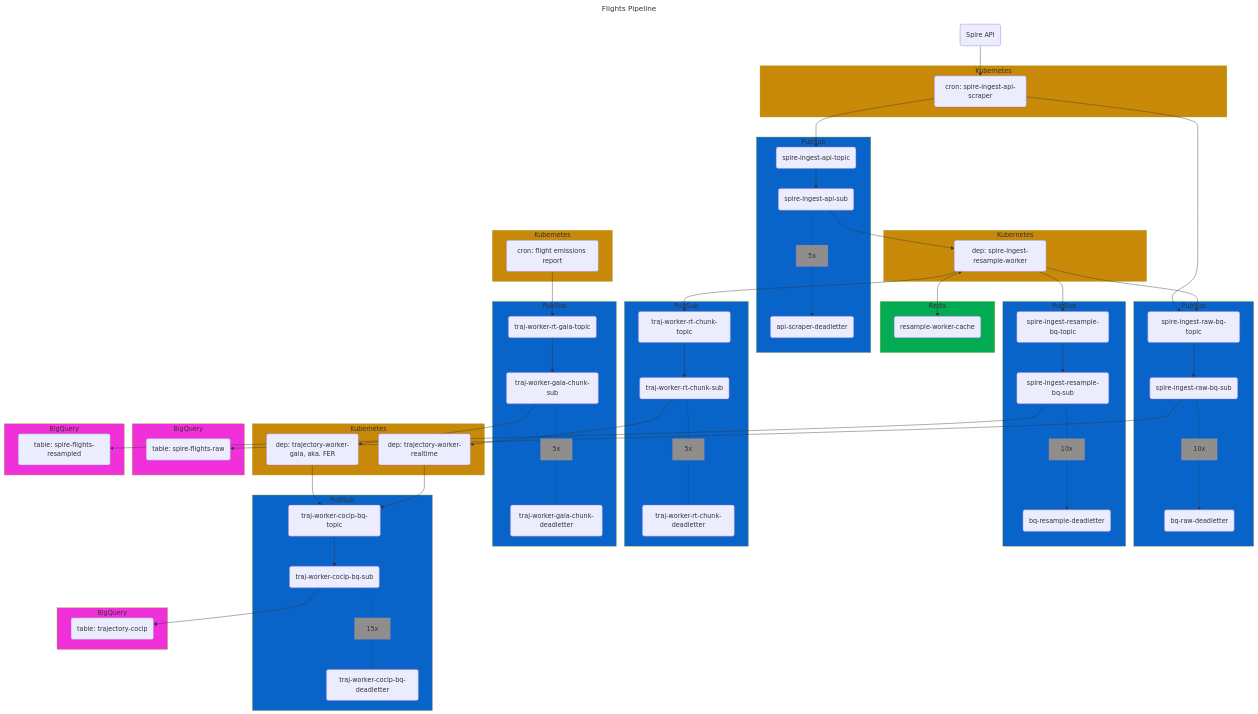
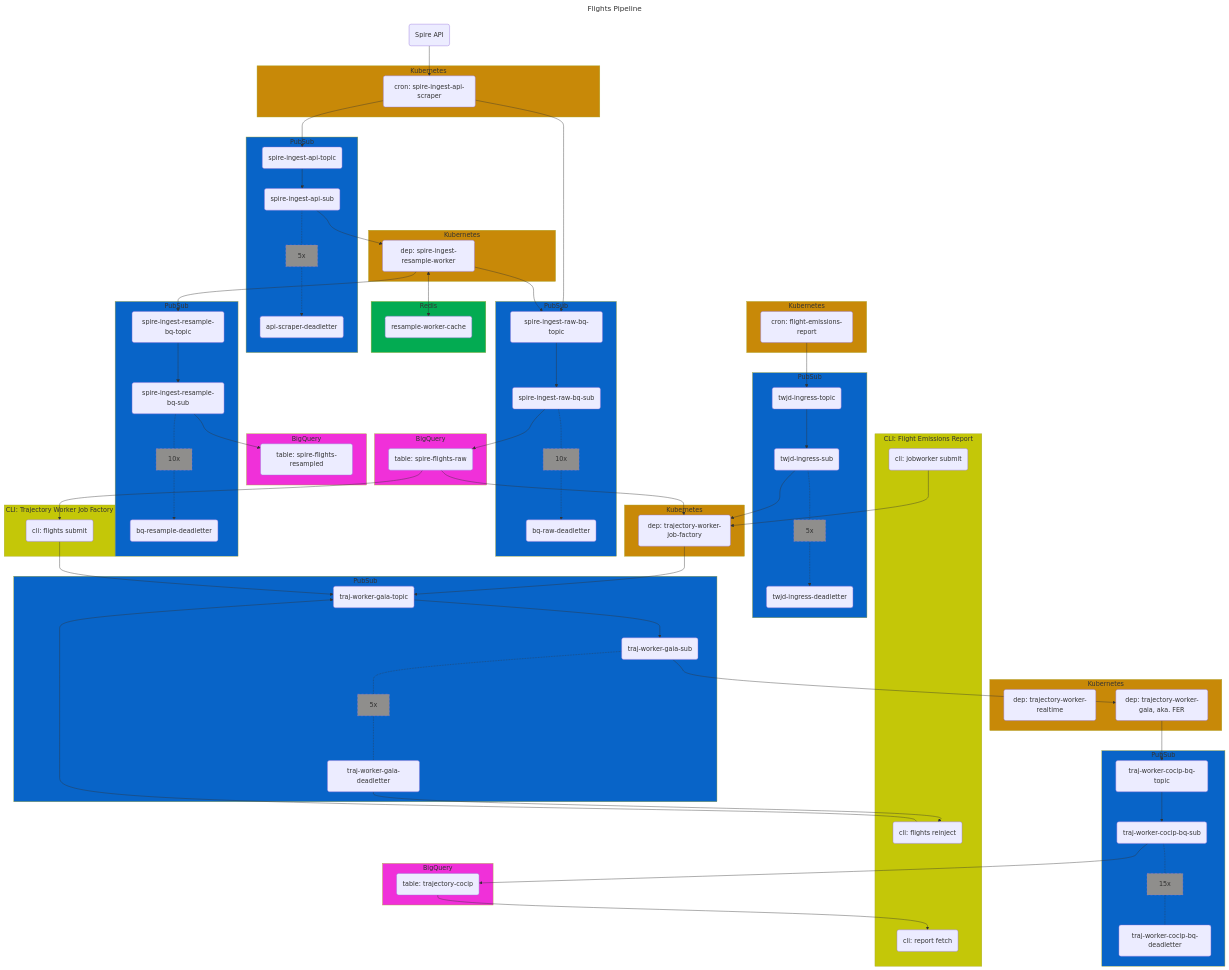
The diagram in README.md (contrailcirrus/flights-pipeline), drawn with Mermaid before and after one commit. The commit also changed 49 other files, not shown here.

First line of the commit message:
#major add trajectory worker job factory; sunset realtime trajectory worker (#293)

````diff
--- a/README.md
+++ b/README.md
@@ -27,9 +27,13 @@
     end
     style k8s_3 fill:#C88908
     subgraph k8s_4[Kubernetes]
-        fer_cron(cron: flight emissions report)
+        fer_cron(cron: flight-emissions-report)
     end
     style k8s_4 fill:#C88908
+    subgraph k8s_5[Kubernetes]
+        twjf(dep: trajectory-worker-job-factory)
+    end
+    style k8s_5 fill:#C88908
     subgraph redis1[Redis]
         resample_worker_cache(resample-worker-cache)
     end
@@ -55,18 +59,18 @@
         spire_ingest_resample_bq_sub_deadletter(bq-resample-deadletter)
     end
     style pub_sub3 fill:#0864C8
-    subgraph pub_sub5[PubSub]
-        traj_worker_rt_chunk_topic(traj-worker-rt-chunk-topic)
-        traj_worker_rt_chunk_sub(traj-worker-rt-chunk-sub)
-        traj_worker_rt_chunk_5xop[5x]:::operationStyle
-        traj_worker_rt_chunk_deadletter(traj-worker-rt-chunk-deadletter)
+    subgraph pub_sub4[PubSub]
+        twjd_ingress_topic(twjd-ingress-topic)
+        twjd_ingress_sub(twjd-ingress-sub)
+        twjd_ingress_5xop[5x]:::operationStyle
+        twjd_ingress_deadletter(twjd-ingress-deadletter)
     end
-    style pub_sub5 fill:#0864C8
+    style pub_sub4 fill:#0864C8
     subgraph pub_sub6[PubSub]
-        traj_worker_gaia_chunk_topic(traj-worker-rt-gaia-topic)
-        traj_worker_gaia_chunk_sub(traj-worker-gaia-chunk-sub)
-        traj_worker_gaia_chunk_5xop[5x]:::operationStyle
-        traj_worker_gaia_chunk_deadletter(traj-worker-gaia-chunk-deadletter)
+        traj_worker_gaia_topic(traj-worker-gaia-topic)
+        traj_worker_gaia_sub(traj-worker-gaia-sub)
+        traj_worker_gaia_5xop[5x]:::operationStyle
+        traj_worker_gaia_deadletter(traj-worker-gaia-deadletter)
     end
     style pub_sub6 fill:#0864C8
     subgraph pub_sub7[PubSub]
@@ -88,6 +92,17 @@
         trajectory_cocip_tb(table: trajectory-cocip)
     end
     style bigquery3 fill:#f030d9
+    subgraph fer_cli[CLI: Flight Emissions Report]
+        jobworker_submit(cli: jobworker submit)
+        flights_reinject(cli: flights reinject)
+        report_fetch(cli: report fetch)
+    end
+    style fer_cli fill:#c4c708
+    subgraph twjf_cli[CLI: Trajectory Worker Job Factory]
+        flights_submit(cli: flights submit)
+    end
+    style twjf_cli fill:#c4c708
+    
     %% flow/associations
     spire_api --> spire_ingest_api_scraper
     spire_ingest_api_scraper --> spire_ingest_api_topic
@@ -97,7 +112,6 @@
     spire_ingest_api_sub --> spire_ingest_resample_worker
     spire_ingest_resample_worker --> spire_ingest_raw_bq_topic
     spire_ingest_resample_worker --> spire_ingest_resample_bq_topic
-    spire_ingest_resample_worker --> traj_worker_rt_chunk_topic
     spire_ingest_raw_bq_topic --> spire_ingest_raw_bq_sub
     spire_ingest_resample_bq_topic --> spire_ingest_resample_bq_sub
     
@@ -116,26 +130,36 @@
     spire_ingest_resample_bq_sub -.- bq_resample_10xop
     bq_resample_10xop -.-> spire_ingest_resample_bq_sub_deadletter
     
-    traj_worker_rt_chunk_topic --> traj_worker_rt_chunk_sub
-    traj_worker_rt_chunk_sub -.- traj_worker_rt_chunk_5xop
-    traj_worker_rt_chunk_5xop -.- traj_worker_rt_chunk_deadletter
+    twjd_ingress_topic --> twjd_ingress_sub
+    twjd_ingress_sub -.- twjd_ingress_5xop
+    twjd_ingress_5xop -.-> twjd_ingress_deadletter
     
-    traj_worker_rt_chunk_sub --> trajectory_worker_rt
     
-    traj_worker_gaia_chunk_topic --> traj_worker_gaia_chunk_sub
-    traj_worker_gaia_chunk_sub -.- traj_worker_gaia_chunk_5xop
-    traj_worker_gaia_chunk_5xop -.- traj_worker_gaia_chunk_deadletter
+    traj_worker_gaia_topic --> traj_worker_gaia_sub
+    traj_worker_gaia_sub -.- traj_worker_gaia_5xop
+    traj_worker_gaia_5xop -.- traj_worker_gaia_deadletter
     
-    fer_cron --> traj_worker_gaia_chunk_topic
+    fer_cron --> twjd_ingress_topic
+    twjd_ingress_sub --> twjf
+    twjf --> traj_worker_gaia_topic
     
-    traj_worker_gaia_chunk_sub --> trajectory_worker_gaia
+    traj_worker_gaia_sub --> trajectory_worker_gaia
     
     trajectory_worker_gaia --> traj_worker_cocip_bq_topic
-    trajectory_worker_rt --> traj_worker_cocip_bq_topic
     
     traj_worker_cocip_bq_topic --> traj_worker_cocip_bq_sub
     traj_worker_cocip_bq_sub -.- traj_worker_cocip_bq_15xop
     traj_worker_cocip_bq_15xop -.- traj_worker_cocip_bq_deadletter
     
     traj_worker_cocip_bq_sub --> trajectory_cocip_tb
+    
+    spire_flights_raw_tb --> twjf
+    spire_flights_raw_tb --> flights_submit
+    flights_submit --> traj_worker_gaia_topic
+    
+    jobworker_submit --> twjf
+    traj_worker_gaia_deadletter --> flights_reinject
+    flights_reinject --> traj_worker_gaia_topic
+    trajectory_cocip_tb --> report_fetch
+    
 ```
````
